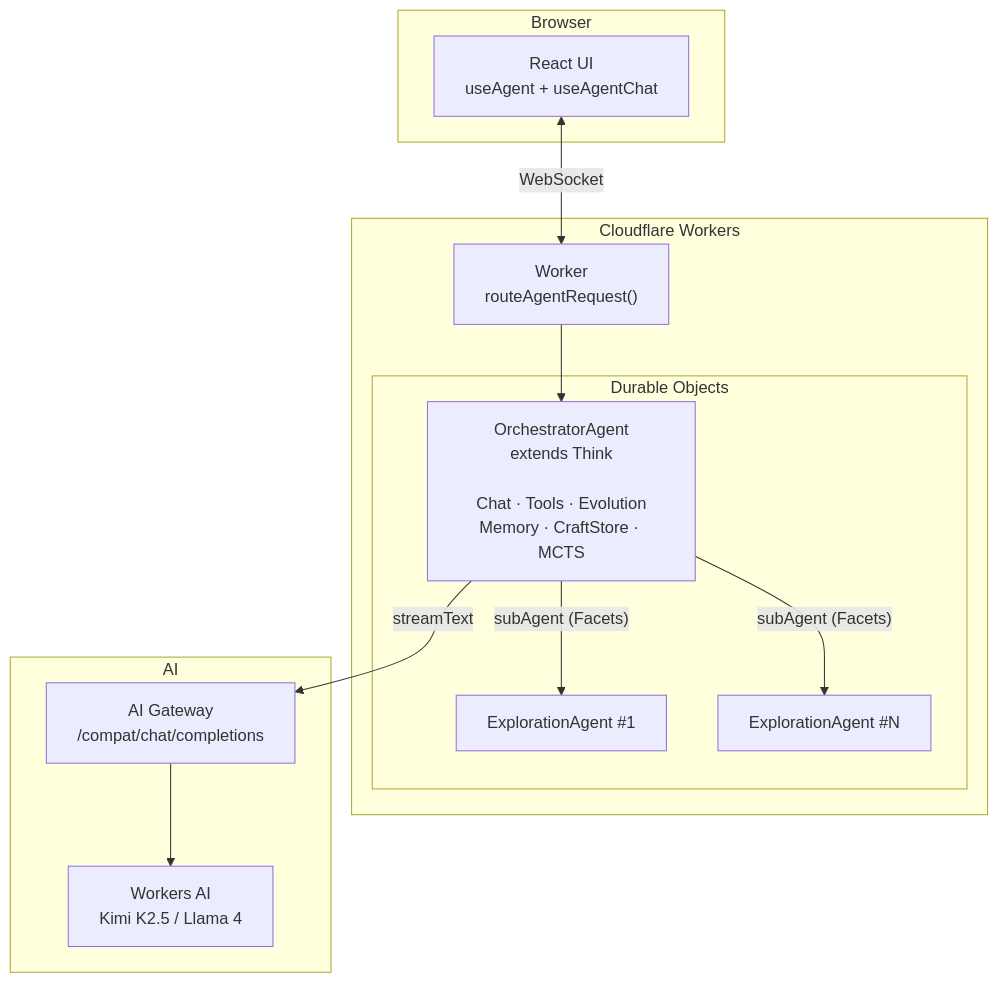
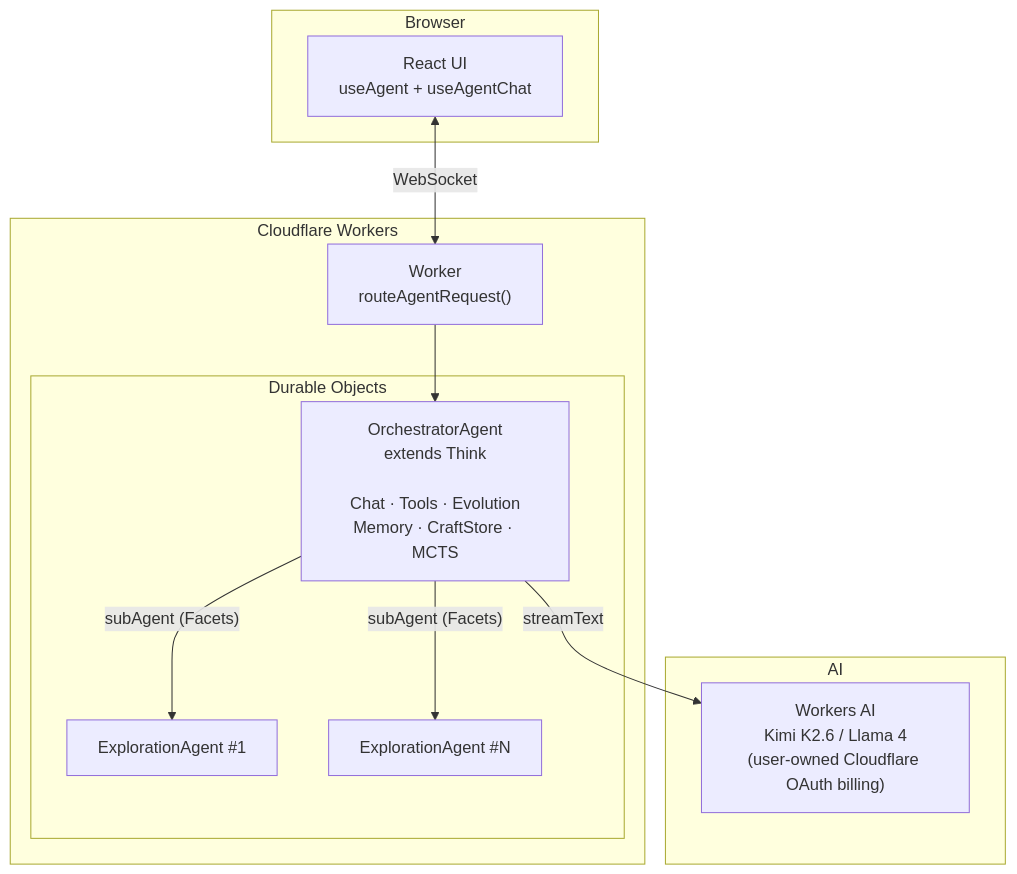
Before and after one commit to AshishKumar4/Proteus: the diagram in README.md, drawn with Mermaid. The commit also changed other lines of this file and 41 other files, not shown here.

````diff
--- a/README.md
+++ b/README.md
@@ -9,27 +11,25 @@
 ```mermaid
 graph TB
     subgraph "Browser"
         UI["React UI<br/>useAgent + useAgentChat"]
     end
 
     subgraph "Cloudflare Workers"
         Worker["Worker<br/>routeAgentRequest()"]
         subgraph "Durable Objects"
             Orch["OrchestratorAgent<br/>extends Think<br/><br/>Chat · Tools · Evolution<br/>Memory · CraftStore · MCTS"]
             E1["ExplorationAgent #1"]
             E2["ExplorationAgent #N"]
         end
     end
 
     subgraph "AI"
-        GW["AI Gateway<br/>/compat/chat/completions"]
-        Model["Workers AI<br/>Kimi K2.5 / Llama 4"]
+        Model["Workers AI<br/>Kimi K2.6 / Llama 4<br/>(user-owned Cloudflare OAuth billing)"]
     end
 
     UI <-->|WebSocket| Worker
     Worker --> Orch
     Orch -->|"subAgent (Facets)"| E1
     Orch -->|"subAgent (Facets)"| E2
-    Orch -->|streamText| GW
-    GW --> Model
+    Orch -->|streamText| Model
 ```
````
